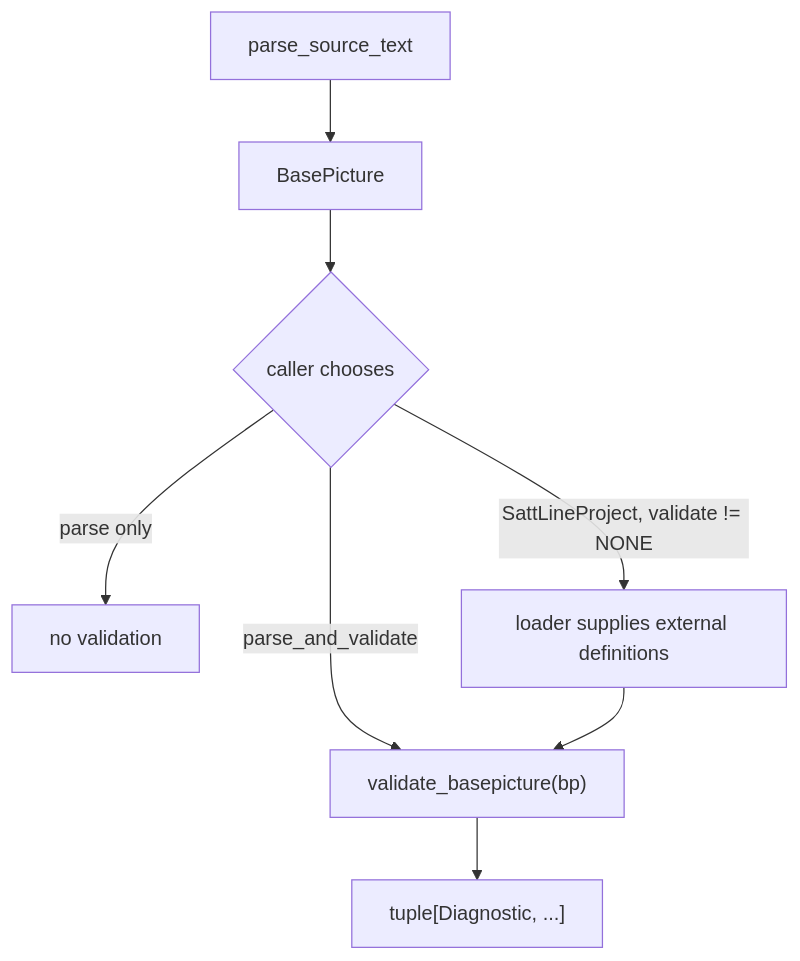
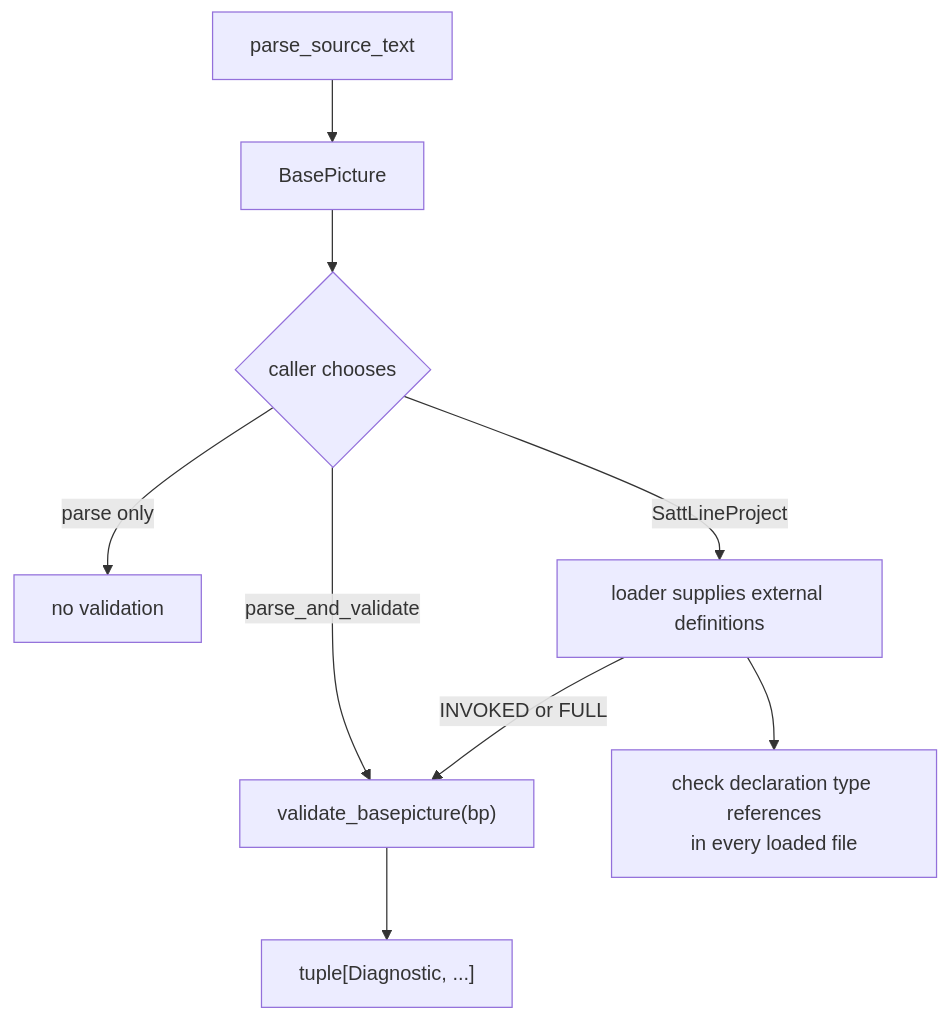
Before and after one commit to SorenHJohansen/sattline-parser: the first of 2 diagrams in docs/validation.md, drawn with Mermaid. The commit also changed other lines of this file and 15 other files, not shown here.

````diff
--- a/docs/validation.md
+++ b/docs/validation.md
@@ -10,10 +10,11 @@
 ```mermaid
 flowchart TB
     P["parse_source_text"] --> A["BasePicture"]
     A --> V{"caller chooses"}
     V -->|parse only| N["no validation"]
     V -->|parse_and_validate| S["validate_basepicture(bp)"]
-    V -->|SattLineProject, validate != NONE| L["loader supplies external definitions"]
-    L --> S
+    V -->|SattLineProject| L["loader supplies external definitions"]
+    L --> B["check declaration type references<br/>in every loaded file"]
+    L -->|INVOKED or FULL| S
     S --> D["tuple[Diagnostic, ...]"]
 ```
````
